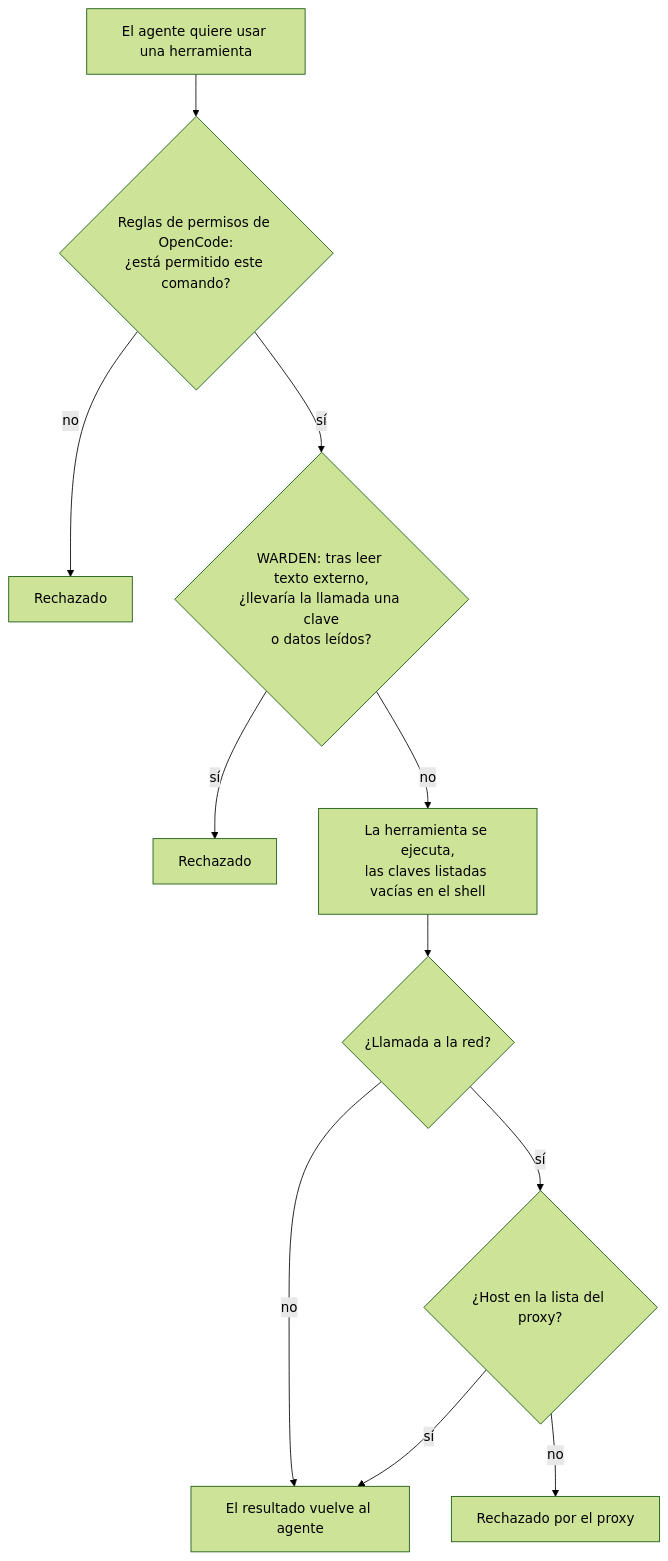
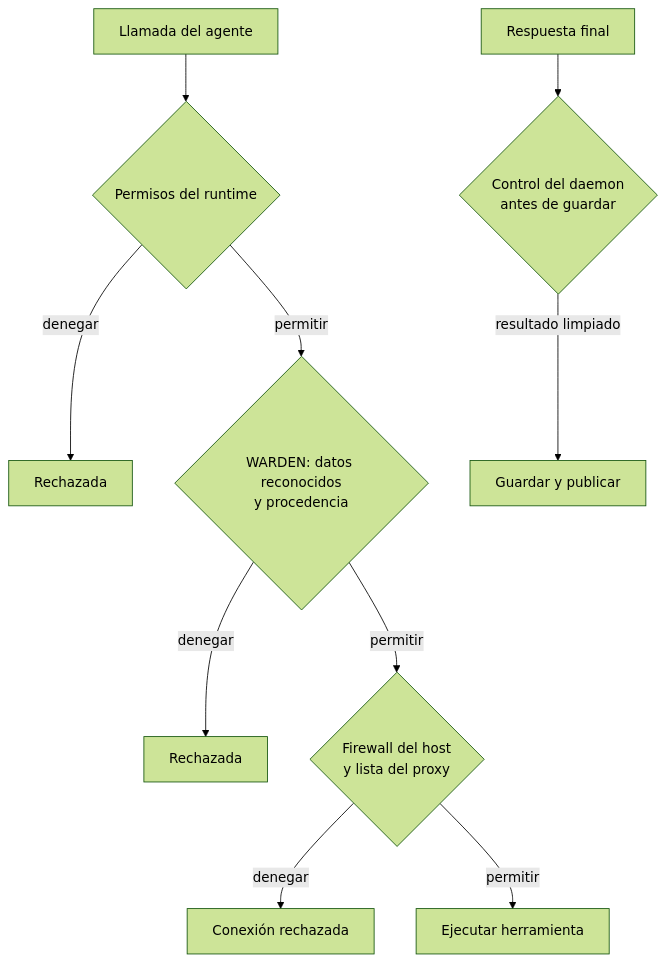
Before and after one commit to alexar76/aicom: the third of 5 diagrams in multica/manual/README.es.md, drawn with Mermaid (forest theme). The commit also changed other lines of this file and 3001 other files, not shown here.

````diff
--- a/multica/manual/README.es.md
+++ b/multica/manual/README.es.md
@@ -254,13 +373,12 @@
 ```mermaid
 flowchart TB
-  t["El agente quiere usar una herramienta"] --> p{"Reglas de permisos de OpenCode:<br/>¿está permitido este comando?"}
-  p -- "no" --> r1["Rechazado"]
-  p -- "sí" --> w{"WARDEN: tras leer texto externo,<br/>¿llevaría la llamada una clave<br/>o datos leídos?"}
-  w -- "sí" --> r2["Rechazado"]
-  w -- "no" --> run["La herramienta se ejecuta,<br/>las claves listadas vacías en el shell"]
-  run --> net{"¿Llamada a la red?"}
-  net -- "no" --> ok["El resultado vuelve al agente"]
-  net -- "sí" --> e{"¿Host en la lista del proxy?"}
-  e -- "no" --> r3["Rechazado por el proxy"]
-  e -- "sí" --> ok
+  t["Llamada del agente"] --> p{"Permisos del runtime"}
+  p -- "denegar" --> r1["Rechazada"]
+  p -- "permitir" --> w{"WARDEN: datos reconocidos<br/>y procedencia"}
+  w -- "denegar" --> r2["Rechazada"]
+  w -- "permitir" --> n{"Firewall del host<br/>y lista del proxy"}
+  n -- "denegar" --> r3["Conexión rechazada"]
+  n -- "permitir" --> ok["Ejecutar herramienta"]
+  a["Respuesta final"] --> g{"Control del daemon<br/>antes de guardar"}
+  g -- "resultado limpiado" --> s["Guardar y publicar"]
 ```
````
